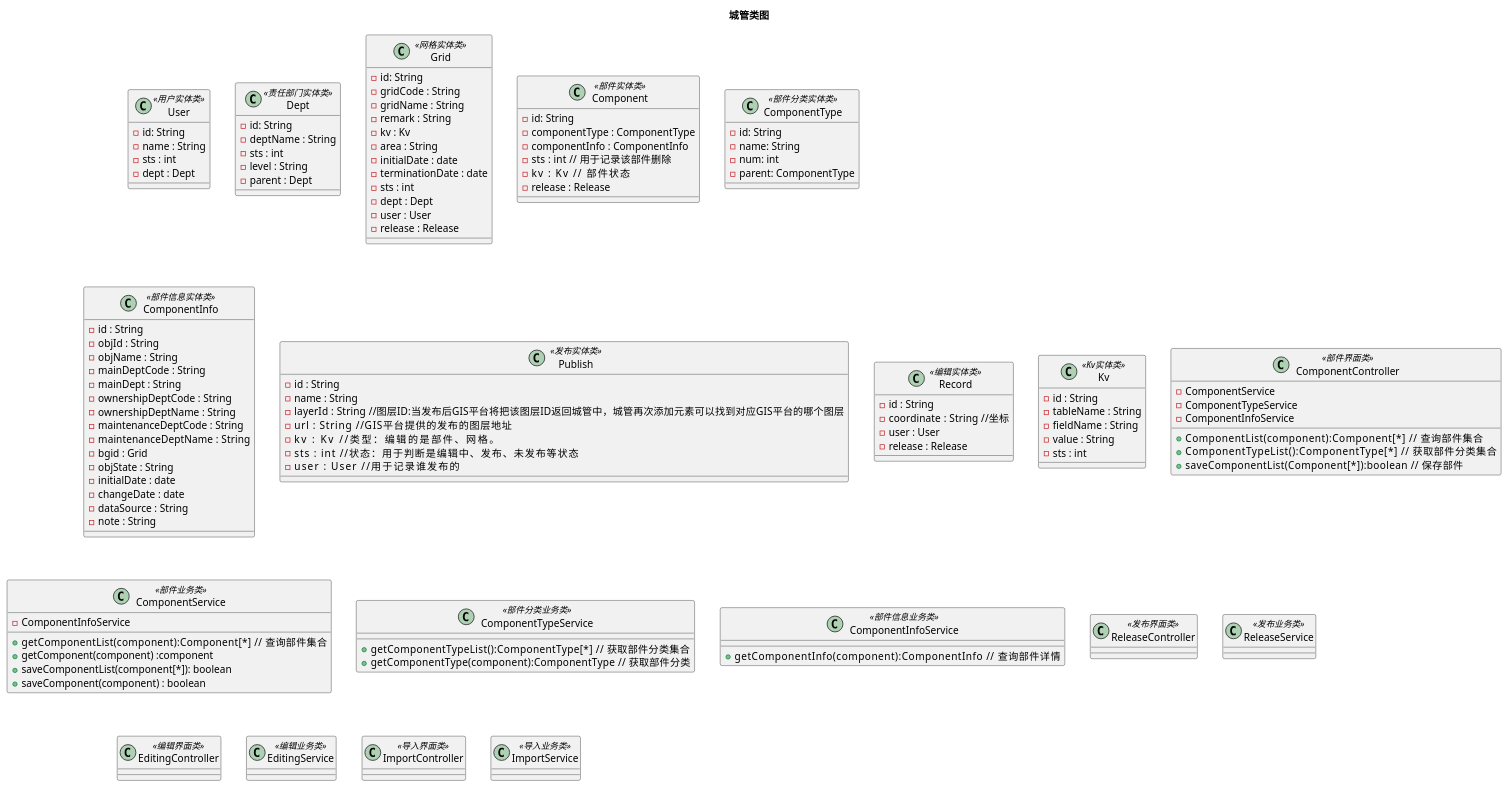
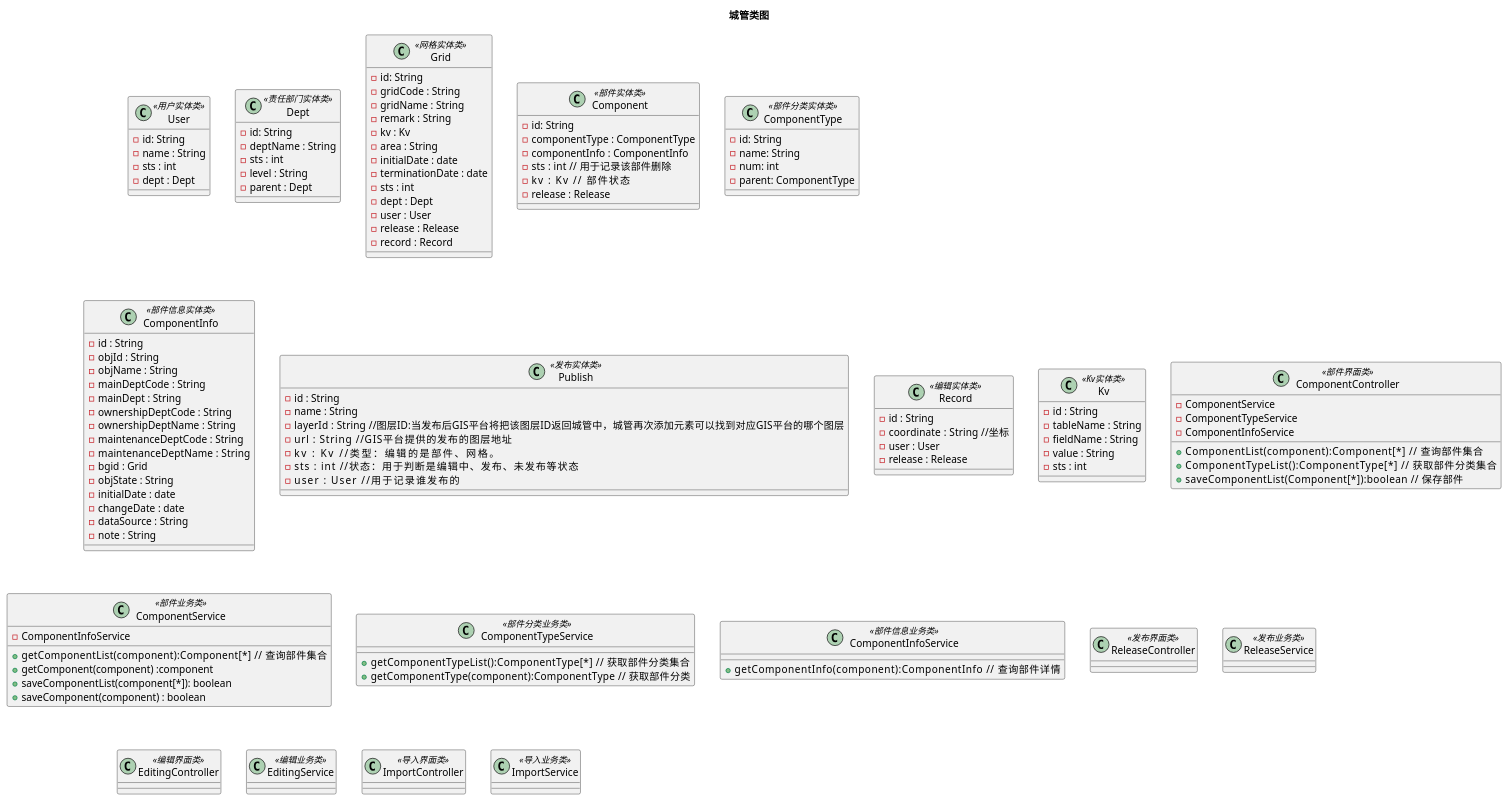
The diagram in doc/ClassUml/城管类图.wsd (missaouib/urban-management-platform), drawn with PlantUML before and after one commit.

Commit message:
城管类图 修改 Grid实体类  增加  Record 外键

```diff
--- a/doc/ClassUml/城管类图.wsd
+++ b/doc/ClassUml/城管类图.wsd
@@ -1,144 +1,145 @@
 @startuml
 title 城管类图
 class User <<用户实体类>>{
     -id: String
     -name : String
     -sts : int
     -dept : Dept
 }
 
 class Dept<<责任部门实体类>>{
     -id: String
     -deptName : String
     -sts : int
     -level : String
     -parent : Dept
 }
 
 class Grid<<网格实体类>>{
     -id: String
     -gridCode : String
     -gridName : String
     -remark : String
     -kv : Kv
     -area : String
     -initialDate : date
     -terminationDate : date
     -sts : int
     -dept : Dept
     -user : User
     -release : Release
+    -record : Record
 }
 
 class Component<<部件实体类>>{
     -id: String
     -componentType : ComponentType
     -componentInfo : ComponentInfo
     -sts : int  // 用于记录该部件删除
     -kv : Kv       // 部件状态
     -release : Release
 }
 
 class ComponentType<<部件分类实体类>>{
     -id: String
     -name: String
     -num: int
     -parent: ComponentType
 }
 
 class ComponentInfo<<部件信息实体类>>{
     -id : String
     -objId : String
     -objName : String
     -mainDeptCode : String
     -mainDept : String
     -ownershipDeptCode : String
     -ownershipDeptName : String
     -maintenanceDeptCode : String
     -maintenanceDeptName  : String
     -bgid : Grid
     -objState : String
     -initialDate : date
     -changeDate : date
     -dataSource : String
     -note : String
 }
 
 class Publish<<发布实体类>>{
     -id : String
     -name : String
     -layerId : String     //图层ID:当发布后GIS平台将把该图层ID返回城管中，城管再次添加元素可以找到对应GIS平台的哪个图层
     -url : String         //GIS平台提供的发布的图层地址
     -kv : Kv              //类型：编辑的是部件、网格。
     -sts : int            //状态：用于判断是编辑中、发布、未发布等状态
     -user : User          //用于记录谁发布的
 }
 class Record<<编辑实体类>>{
     -id : String
     -coordinate : String  //坐标
     -user : User
     -release : Release
 }
 
 class Kv<<Kv实体类>>{
     -id : String
     -tableName : String
     -fieldName : String
     -value : String
     -sts : int
 }
 
 
 
 class ComponentController<<部件界面类>>{
     -ComponentService
     -ComponentTypeService
     -ComponentInfoService
     +ComponentList(component):Component[*]         // 查询部件集合
     +ComponentTypeList():ComponentType[*]          // 获取部件分类集合
     +saveComponentList(Component[*]):boolean       // 保存部件
 }
 
 class ComponentService<<部件业务类>>{
     -ComponentInfoService
     +getComponentList(component):Component[*]      // 查询部件集合
     +getComponent(component) :component
     +saveComponentList(component[*]): boolean
     +saveComponent(component) : boolean
 }
 class ComponentTypeService<<部件分类业务类>>{
     +getComponentTypeList():ComponentType[*]       // 获取部件分类集合
     +getComponentType(component):ComponentType     // 获取部件分类
 }
 class ComponentInfoService<<部件信息业务类>>{
     +getComponentInfo(component):ComponentInfo          // 查询部件详情
 }
 
 class ReleaseController<<发布界面类>>{
 
 }
 class ReleaseService<<发布业务类>>{
 
 }
 
 class EditingController<<编辑界面类>>{
 
 }
 class EditingService<<编辑业务类>>{
 
 }
 class ImportController<<导入界面类>>{
 
 }
 class ImportService<<导入业务类>>{
 
 }
 
 
 
 
 
 
 
 
 @enduml
```
